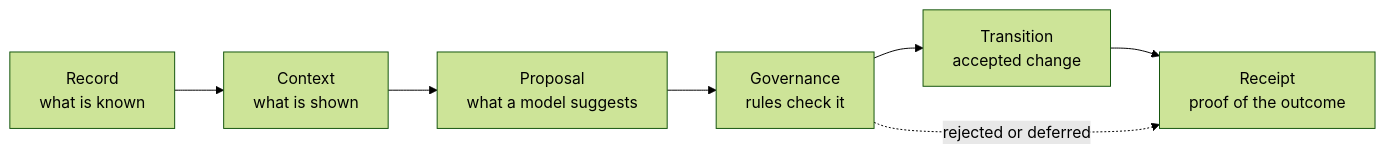
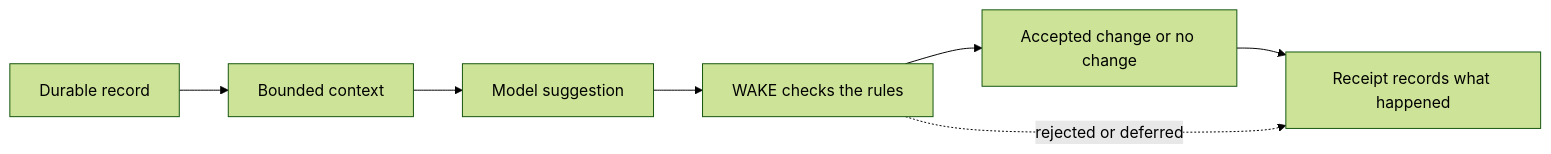
One commit to sudofx/wake changed the first of 2 diagrams in README.md. Above: the diagram before and after it, drawn with Mermaid (forest theme). The commit also changed other lines of this file and 6 other files, not shown here.

````diff
--- a/README.md
+++ b/README.md
@@ -31,9 +15,9 @@
 ```mermaid
 flowchart LR
-  R[Record<br/>what is known] --> C[Context<br/>what is shown]
-  C --> P[Proposal<br/>what a model suggests]
-  P --> G[Governance<br/>rules check it]
-  G --> T[Transition<br/>accepted change]
-  T --> X[Receipt<br/>proof of the outcome]
+  R[Durable record] --> C[Bounded context]
+  C --> M[Model suggestion]
+  M --> G[WAKE checks the rules]
+  G --> T[Accepted change or no change]
+  T --> X[Receipt records what happened]
   G -. rejected or deferred .-> X
 ```
````
